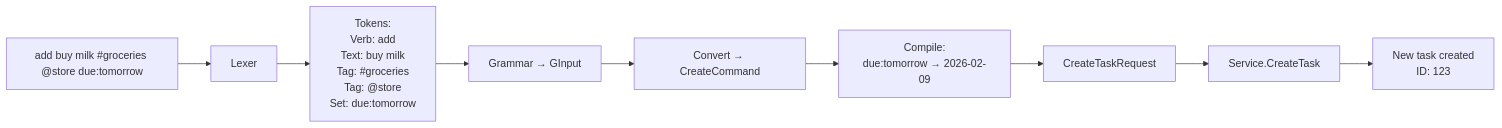
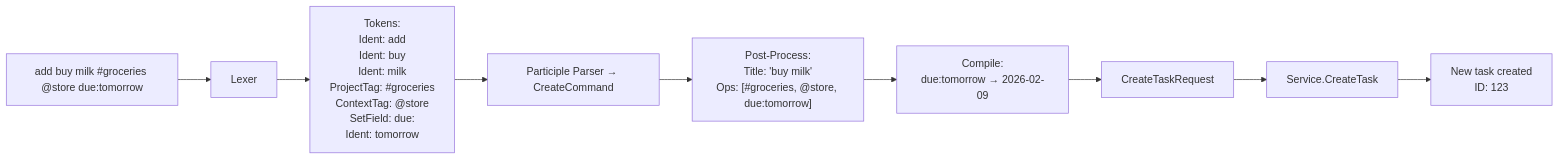
One commit to mholtzscher/ugh changed the seventh of 9 diagrams in docs/shell-and-dsl.md. Above: the diagram before and after it, drawn with Mermaid. The commit also changed other lines of this file and 12 other files, not shown here.

First line of the commit message:
refactor(nlp): migrate from token-stream to structured participle grammar (#42)

````diff
--- a/docs/shell-and-dsl.md
+++ b/docs/shell-and-dsl.md
@@ -220,11 +244,11 @@
 ```mermaid
 flowchart LR
     A["add buy milk #groceries @store due:tomorrow"] --> B["Lexer"]
-    B --> C["Tokens:<br/>Verb: add<br/>Text: buy milk<br/>Tag: #groceries<br/>Tag: @store<br/>Set: due:tomorrow"]
-    C --> D["Grammar → GInput"]
-    D --> E["Convert → CreateCommand"]
+    B --> C["Tokens:<br/>Ident: add<br/>Ident: buy<br/>Ident: milk<br/>ProjectTag: #groceries<br/>ContextTag: @store<br/>SetField: due:<br/>Ident: tomorrow"]
+    C --> D["Participle Parser → CreateCommand"]
+    D --> E["Post-Process:<br/>Title: 'buy milk'<br/>Ops: [#groceries, @store, due:tomorrow]"]
     E --> F["Compile:<br/>due:tomorrow → 2026-02-09"]
     F --> G["CreateTaskRequest"]
     G --> H["Service.CreateTask"]
     H --> I["New task created<br/>ID: 123"]
 ```
````
